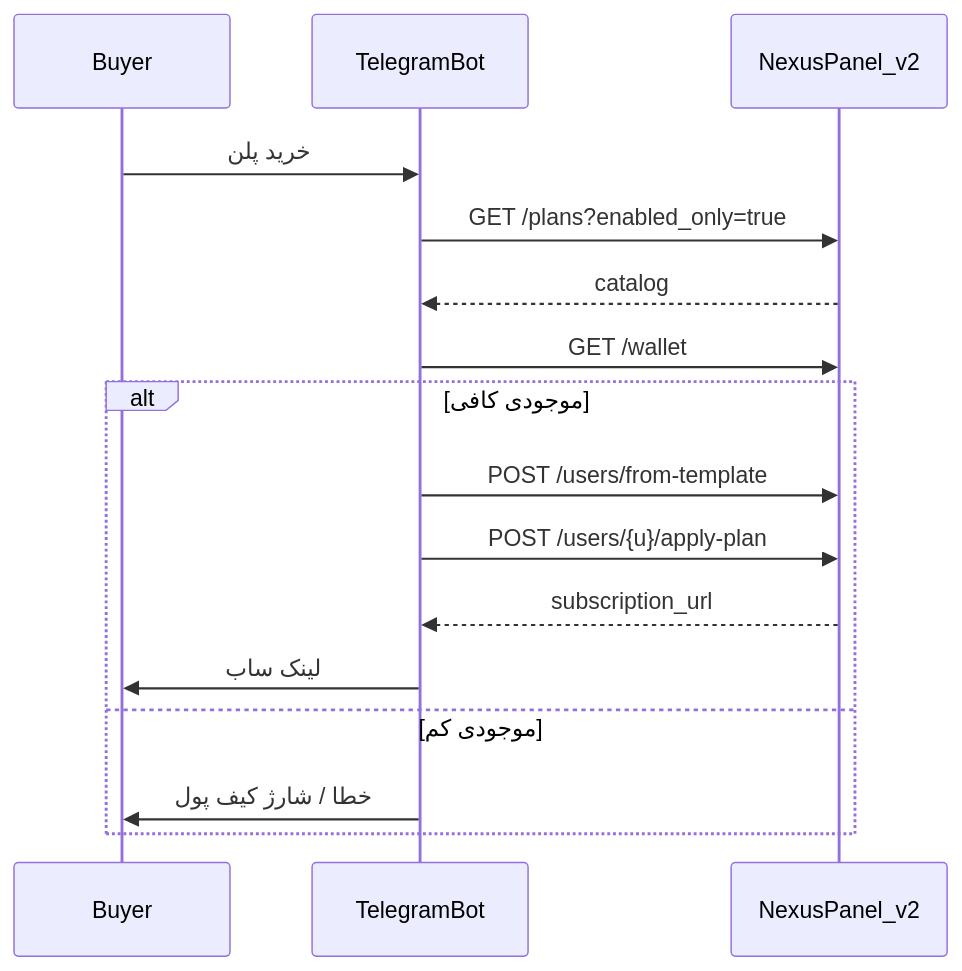
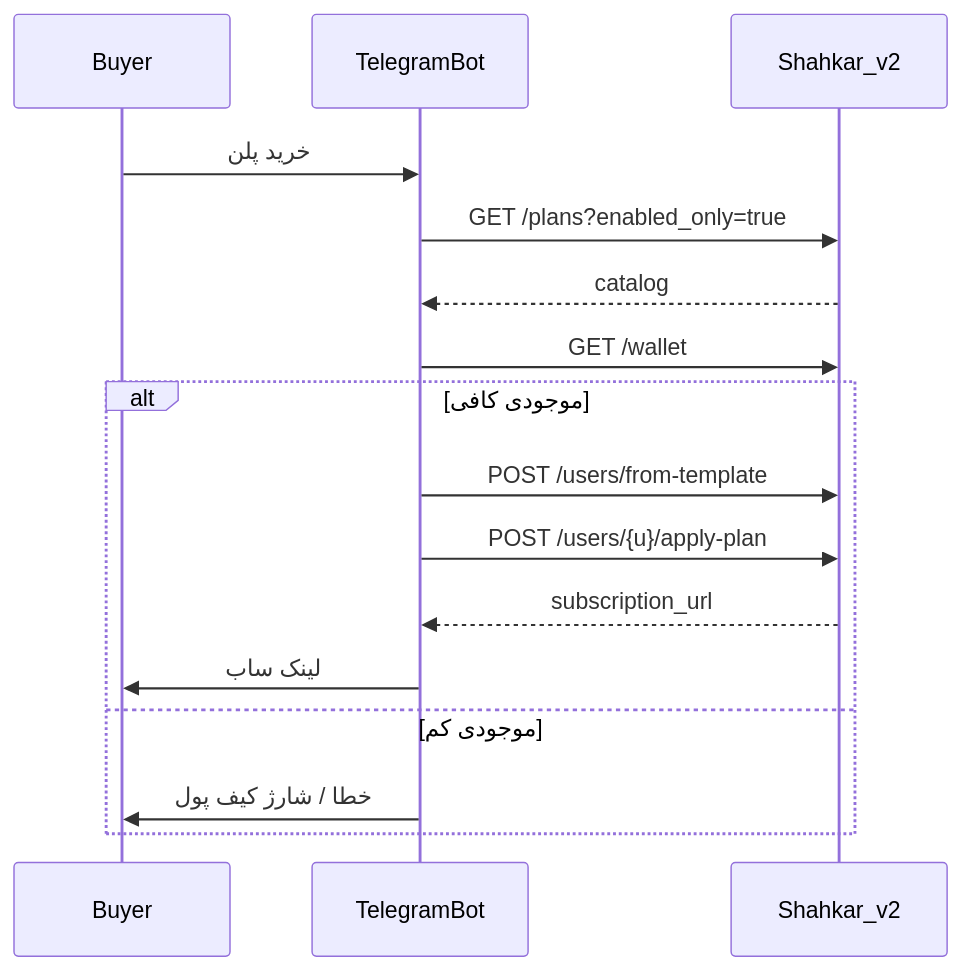
Before and after one commit to KhaJehAmiri/Shahkarpanel: the diagram in docs/DEVELOPER_API.md, drawn with Mermaid. The commit also changed 436 other files, not shown here.

First line of the commit message:
Rebrand fully from NexusPanel to Shahkar.

````diff
--- a/docs/DEVELOPER_API.md
+++ b/docs/DEVELOPER_API.md
@@ -319,18 +319,18 @@
 ```mermaid
 sequenceDiagram
   participant Buyer as Buyer
   participant Bot as TelegramBot
-  participant API as NexusPanel_v2
+  participant API as Shahkar_v2
   Buyer->>Bot: خرید پلن
   Bot->>API: GET /plans?enabled_only=true
   API-->>Bot: catalog
   Bot->>API: GET /wallet
   alt موجودی کافی
     Bot->>API: POST /users/from-template
     Bot->>API: POST /users/{u}/apply-plan
     API-->>Bot: subscription_url
     Bot->>Buyer: لینک ساب
   else موجودی کم
     Bot->>Buyer: خطا / شارژ کیف پول
   end
 ```
````
